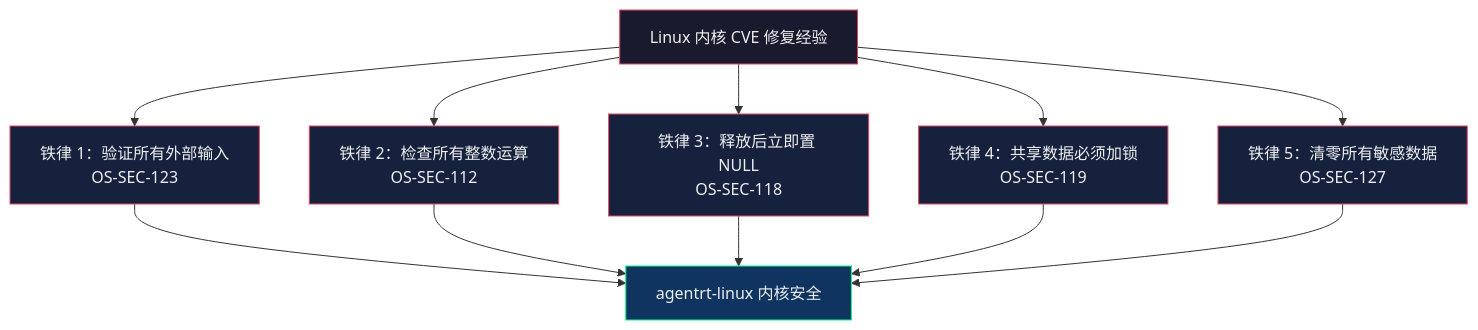
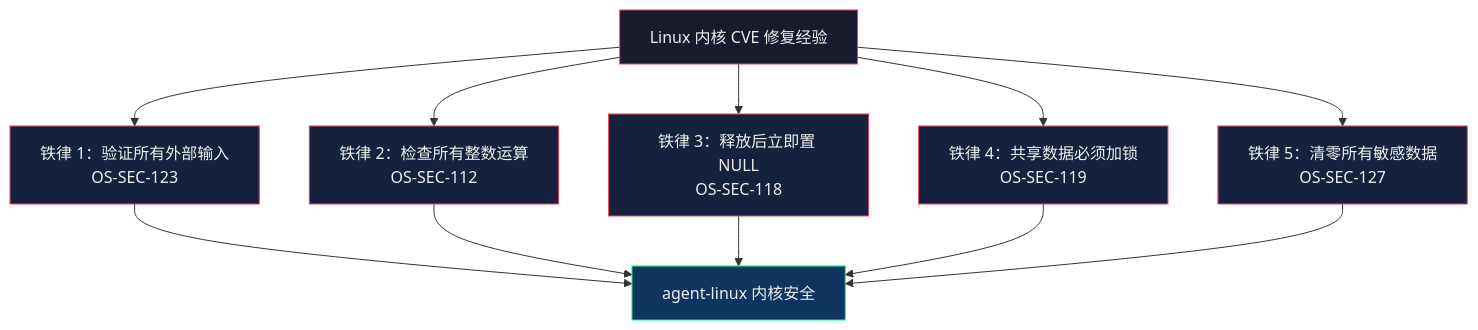
One commit to openairymax/docs-linux changed the second of 2 diagrams in 50-engineering-standards/10-coding-style/C_Cpp_coding_style.md. Above: the diagram before and after it, drawn with Mermaid. The commit also changed other lines of this file and 172 other files, not shown here.

Commit message:
docs: rename agentrt-linux to agent-linux across docs v0.1.3 双工程结构：agentrt-linux 改名 agent-linux。docs 全仓 186 个 文件中的 agentrt-linux 引用统一为 agent-linux（AirymaxOS 工程名/ URL/路径引用；commit hash 与历史不变）。

````diff
--- a/50-engineering-standards/10-coding-style/C_Cpp_coding_style.md
+++ b/50-engineering-standards/10-coding-style/C_Cpp_coding_style.md
@@ -4260,22 +4260,22 @@
 ```mermaid
 graph TD
     CVE["Linux 内核 CVE 修复经验"] --> T1["铁律 1：验证所有外部输入<br/>OS-SEC-123"]
     CVE --> T2["铁律 2：检查所有整数运算<br/>OS-SEC-112"]
     CVE --> T3["铁律 3：释放后立即置 NULL<br/>OS-SEC-118"]
     CVE --> T4["铁律 4：共享数据必须加锁<br/>OS-SEC-119"]
     CVE --> T5["铁律 5：清零所有敏感数据<br/>OS-SEC-127"]
 
-    T1 --> GOAL["agentrt-linux 内核安全"]
+    T1 --> GOAL["agent-linux 内核安全"]
     T2 --> GOAL
     T3 --> GOAL
     T4 --> GOAL
     T5 --> GOAL
 
     style CVE fill:#1a1a2e,stroke:#e94560,color:#eee
     style GOAL fill:#0f3460,stroke:#00ff88,color:#eee
     style T1 fill:#16213e,stroke:#e94560,color:#eee
     style T2 fill:#16213e,stroke:#e94560,color:#eee
     style T3 fill:#16213e,stroke:#e94560,color:#eee
     style T4 fill:#16213e,stroke:#e94560,color:#eee
     style T5 fill:#16213e,stroke:#e94560,color:#eee
 ```
````
